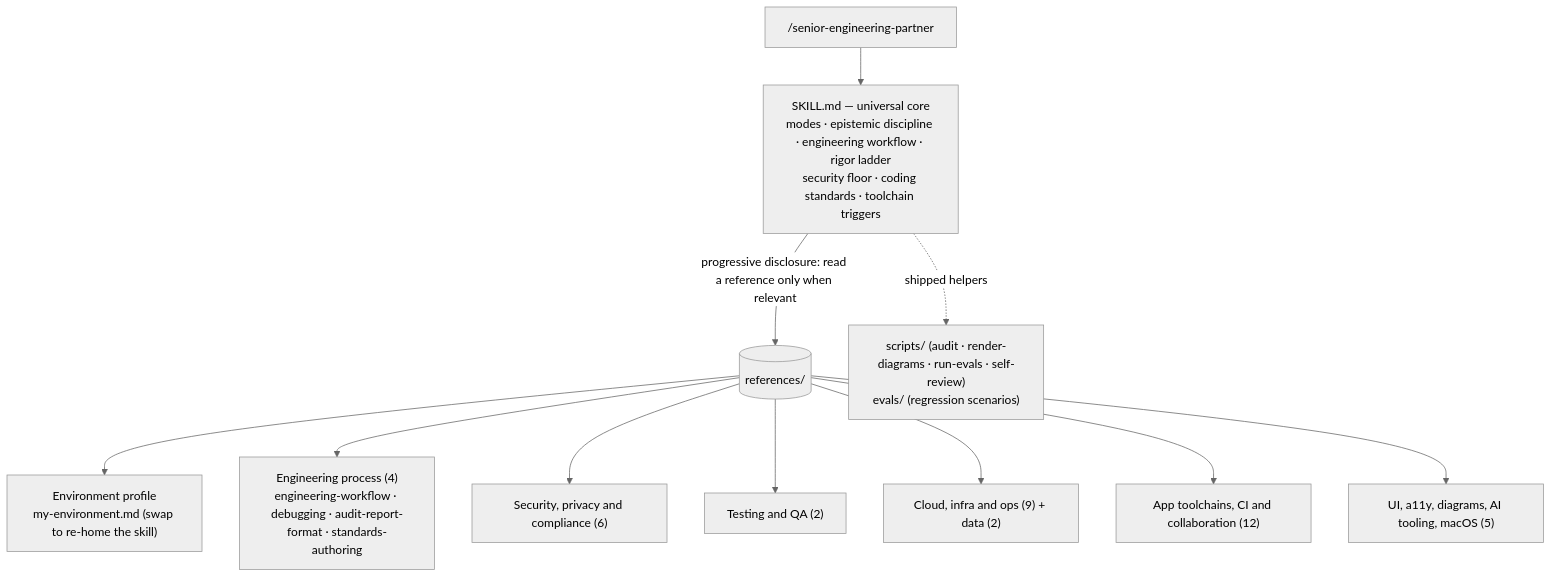
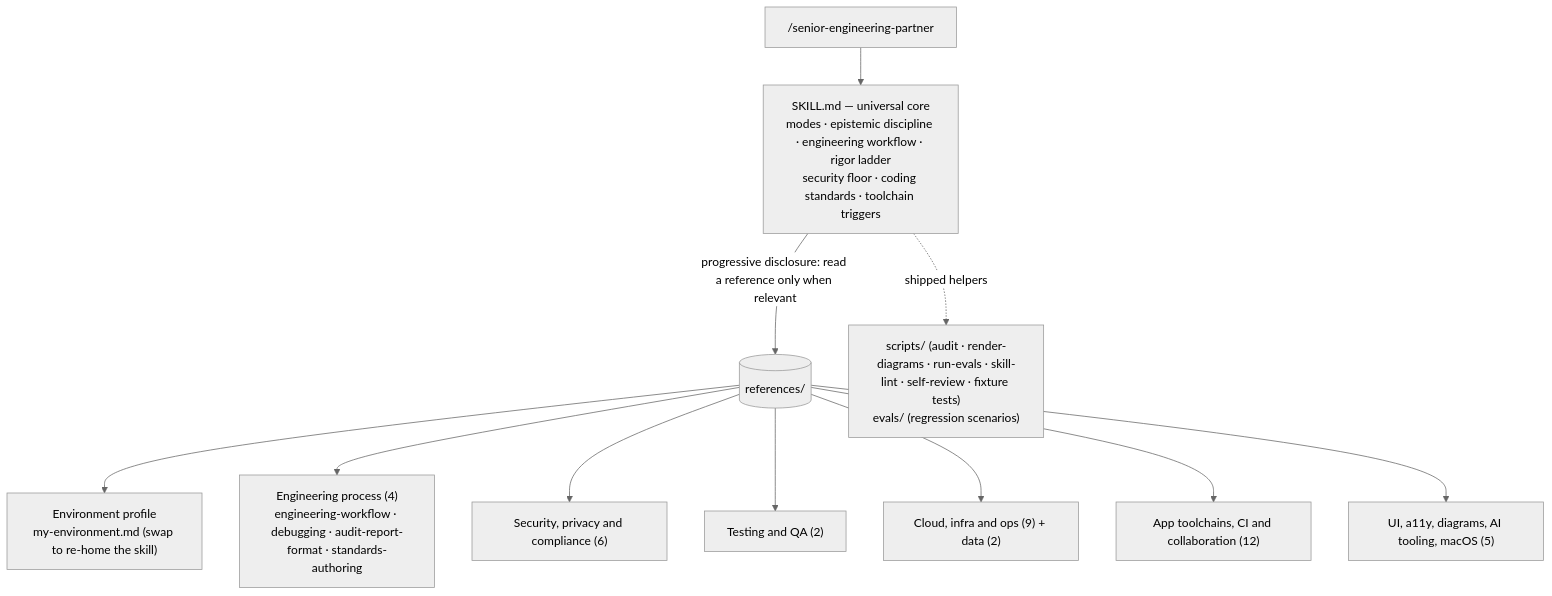
Before and after one commit to bjgreenberg/senior-engineering-partner: the first of 3 diagrams in README.md, drawn with Mermaid (neutral theme). The commit also changed other lines of this file and 5 other files, not shown here.

Commit message:
chore(repo): Phase-4 smalls — mermaid-cli re-pin cadence, gate-script fixture tests, green-optional skill-lint (#71)

````diff
--- a/README.md
+++ b/README.md
@@ -81,14 +81,14 @@
 ```mermaid
 flowchart TD
     U["/senior-engineering-partner"] --> C
     C["SKILL.md — universal core<br/>modes · epistemic discipline · engineering workflow · rigor ladder<br/>security floor · coding standards · toolchain triggers"]
     C -->|"progressive disclosure: read a reference only when relevant"| R[(references/)]
-    C -.->|"shipped helpers"| K["scripts/ (audit · render-diagrams · run-evals · self-review)<br/>evals/ (regression scenarios)"]
+    C -.->|"shipped helpers"| K["scripts/ (audit · render-diagrams · run-evals · skill-lint · self-review · fixture tests)<br/>evals/ (regression scenarios)"]
     R --> P["Environment profile<br/>my-environment.md (swap to re-home the skill)"]
     R --> W["Engineering process (4)<br/>engineering-workflow · debugging · audit-report-format · standards-authoring"]
     R --> S["Security, privacy and compliance (6)"]
     R --> T["Testing and QA (2)"]
     R --> I["Cloud, infra and ops (9) + data (2)"]
     R --> A["App toolchains, CI and collaboration (12)"]
     R --> X["UI, a11y, diagrams, AI tooling, macOS (5)"]
 ```
````
